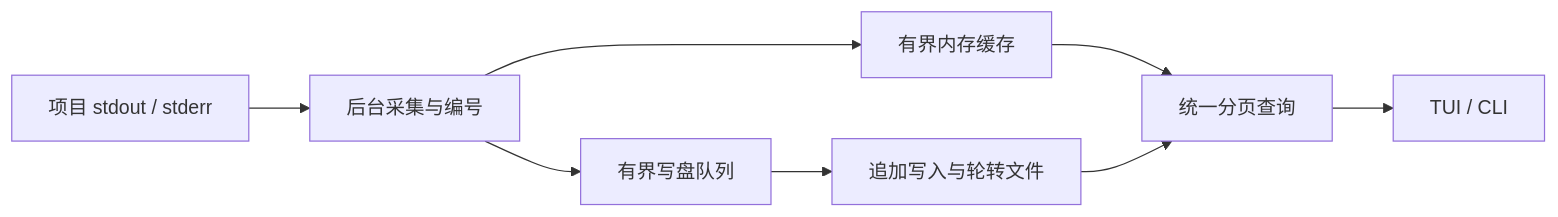
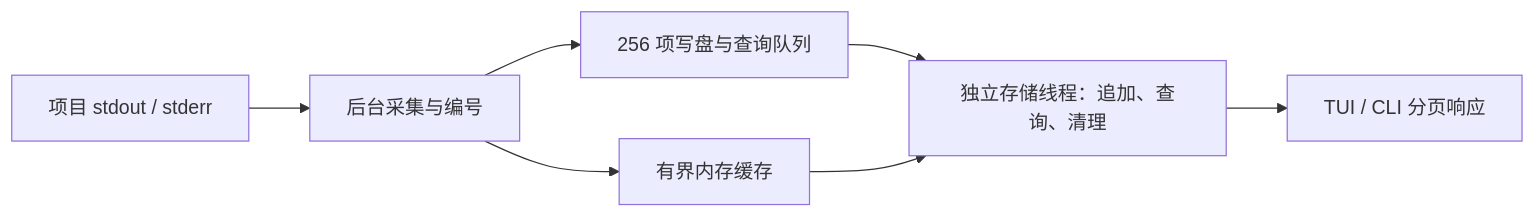
The diagram in DESIGN.md (Jackie733/devctl), drawn with Mermaid before and after one commit. The commit also changed other lines of this file and 22 other files, not shown here.

````diff
--- a/DESIGN.md
+++ b/DESIGN.md
@@ -170,10 +166,9 @@
 ```mermaid
 flowchart LR
     A[项目 stdout / stderr] --> B[后台采集与编号]
     B --> C[有界内存缓存]
-    B --> D[有界写盘队列]
-    D --> E[追加写入与轮转文件]
-    C --> F[统一分页查询]
-    E --> F
-    F --> G[TUI / CLI]
+    B --> D[256 项写盘与查询队列]
+    D --> E[独立存储线程：追加、查询、清理]
+    C --> E
+    E --> F[TUI / CLI 分页响应]
 ```
````
